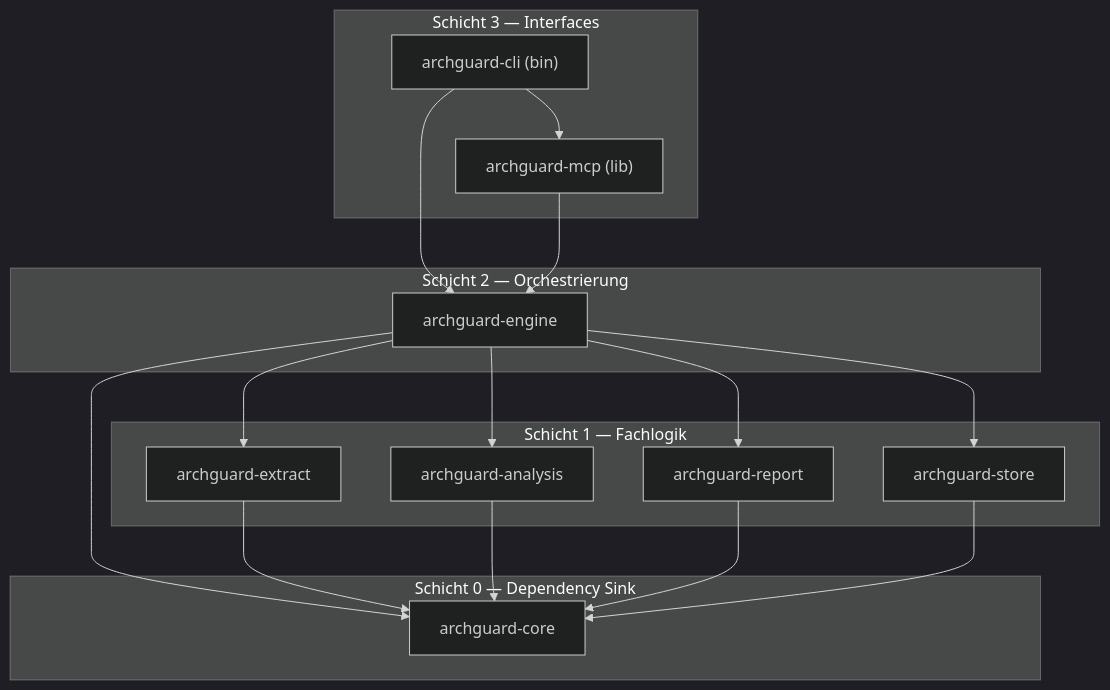
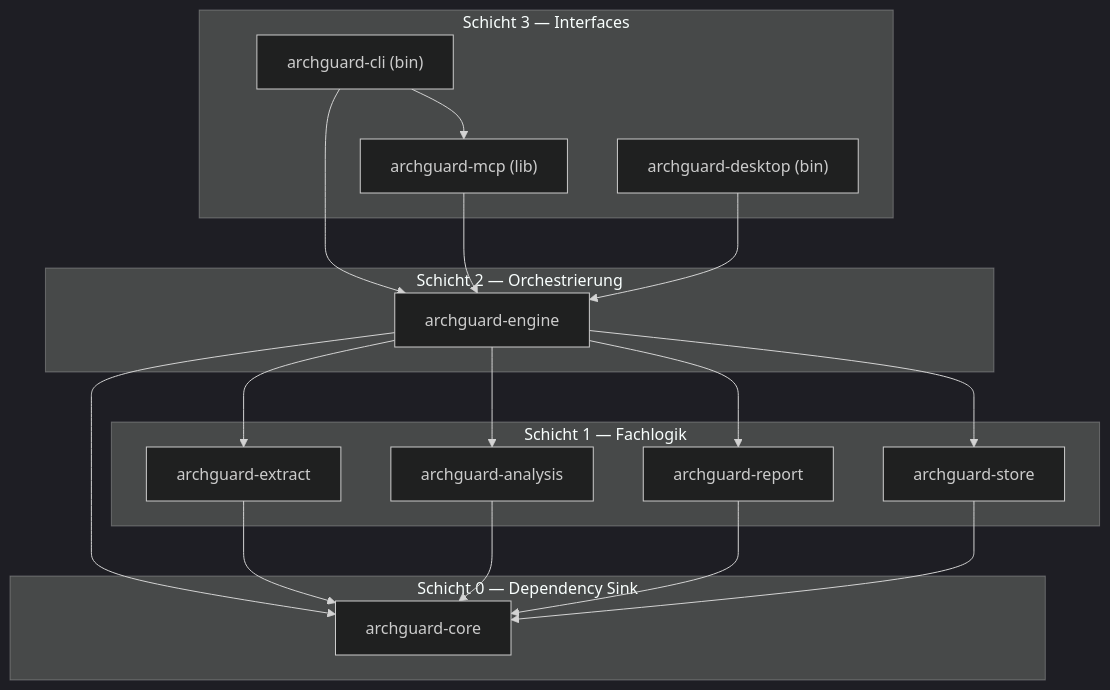
Before and after one commit to svenhartmann/ArchGuard: the second of 2 diagrams in ARCHITECTURE_DE.md, drawn with Mermaid (dark theme). The commit also changed other lines of this file and 4 other files, not shown here.

First line of the commit message:
fix: allow archguard-desktop in the crate allowlist and CI

````diff
--- a/ARCHITECTURE_DE.md
+++ b/ARCHITECTURE_DE.md
@@ -71,32 +71,34 @@
 ```mermaid
 graph TD
     subgraph L3["Schicht 3 — Interfaces"]
         CLI["archguard-cli (bin)"]
         MCP["archguard-mcp (lib)"]
+        DESK["archguard-desktop (bin)"]
     end
     subgraph L2["Schicht 2 — Orchestrierung"]
         ENG["archguard-engine"]
     end
     subgraph L1["Schicht 1 — Fachlogik"]
         EXT["archguard-extract"]
         ANA["archguard-analysis"]
         REP["archguard-report"]
         STO["archguard-store"]
     end
     subgraph L0["Schicht 0 — Dependency Sink"]
         CORE["archguard-core"]
     end
 
     CLI --> MCP
     CLI --> ENG
     MCP --> ENG
+    DESK --> ENG
     ENG --> EXT
     ENG --> ANA
     ENG --> REP
     ENG --> STO
     ENG --> CORE
     EXT --> CORE
     ANA --> CORE
     REP --> CORE
     STO --> CORE
 ```
````
